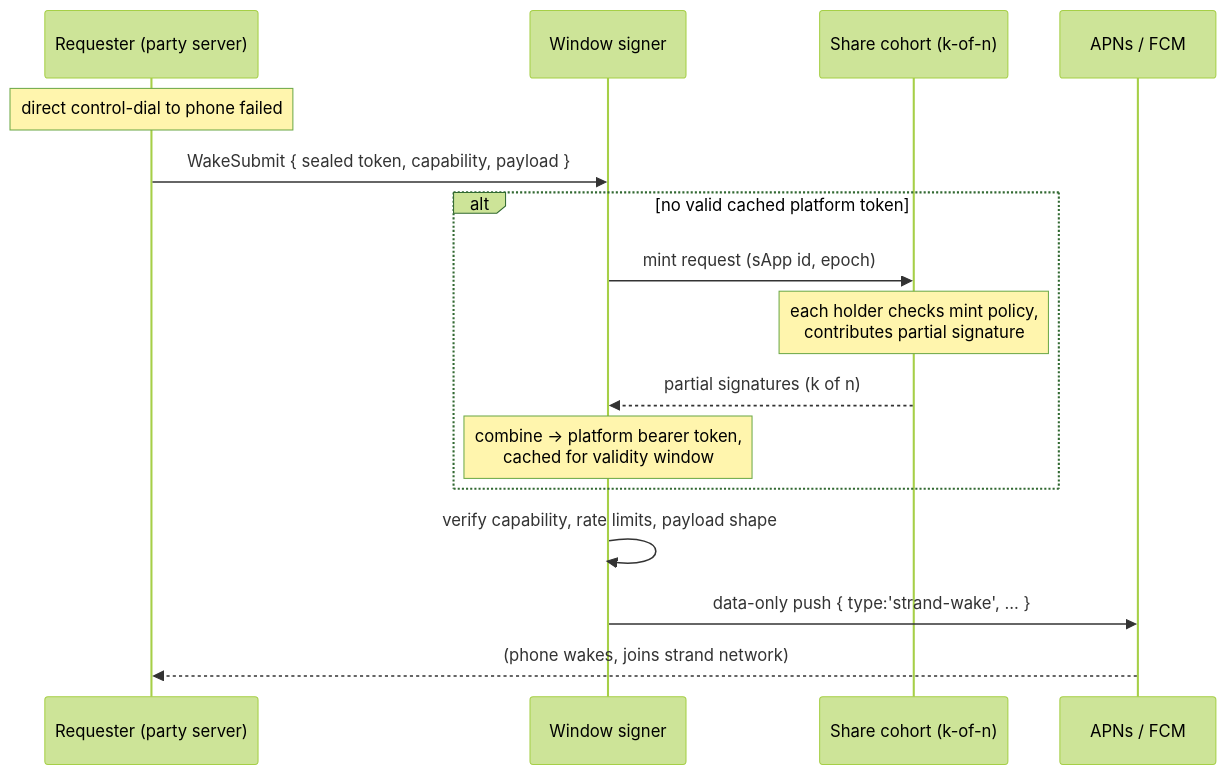
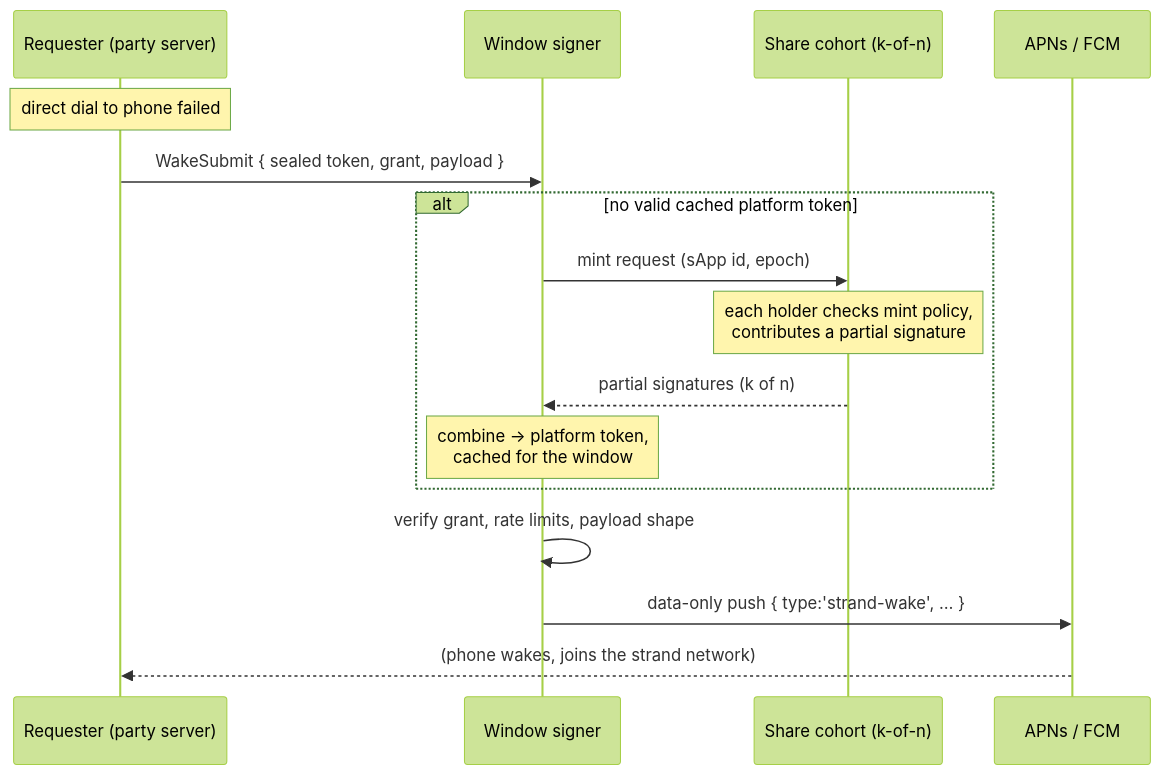
The diagram in docs/push-network.md (gotchoices/sereus), drawn with Mermaid (forest theme) before and after one commit. The commit also changed other lines of this file, not shown here.

Commit message:
Revised push-network for readability.

````diff
--- a/docs/push-network.md
+++ b/docs/push-network.md
@@ -61,19 +136,19 @@
 ```mermaid
 sequenceDiagram
     participant R as Requester (party server)
     participant S as Window signer
     participant C as Share cohort (k-of-n)
     participant P as APNs / FCM
 
-    Note over R: direct control-dial to phone failed
-    R->>S: WakeSubmit { sealed token, capability, payload }
+    Note over R: direct dial to phone failed
+    R->>S: WakeSubmit { sealed token, grant, payload }
     alt no valid cached platform token
         S->>C: mint request (sApp id, epoch)
-        Note over C: each holder checks mint policy,<br/>contributes partial signature
+        Note over C: each holder checks mint policy,<br/>contributes a partial signature
         C-->>S: partial signatures (k of n)
-        Note over S: combine → platform bearer token,<br/>cached for validity window
+        Note over S: combine → platform token,<br/>cached for the window
     end
-    S->>S: verify capability, rate limits, payload shape
-    S->>P: data-only push { type:'strand-wake', ... }
-    P-->>R: (phone wakes, joins strand network)
+    S->>S: verify grant, rate limits, payload shape
+    S->>P: data-only push { type:'strand-wake', … }
+    P-->>R: (phone wakes, joins the strand network)
 ```
````
